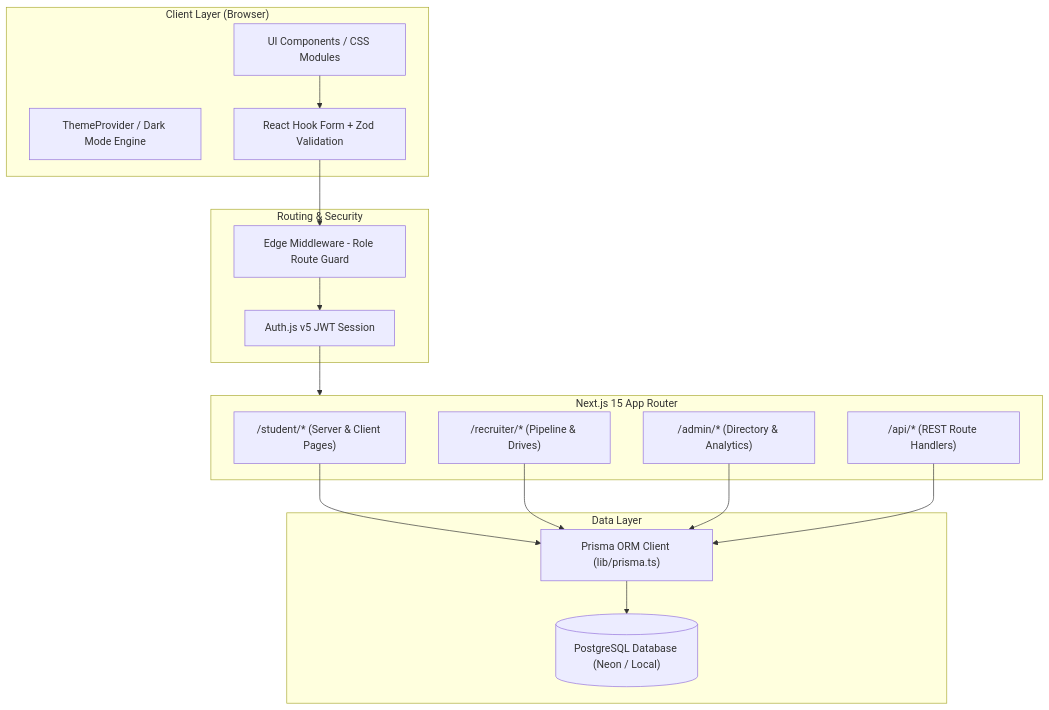
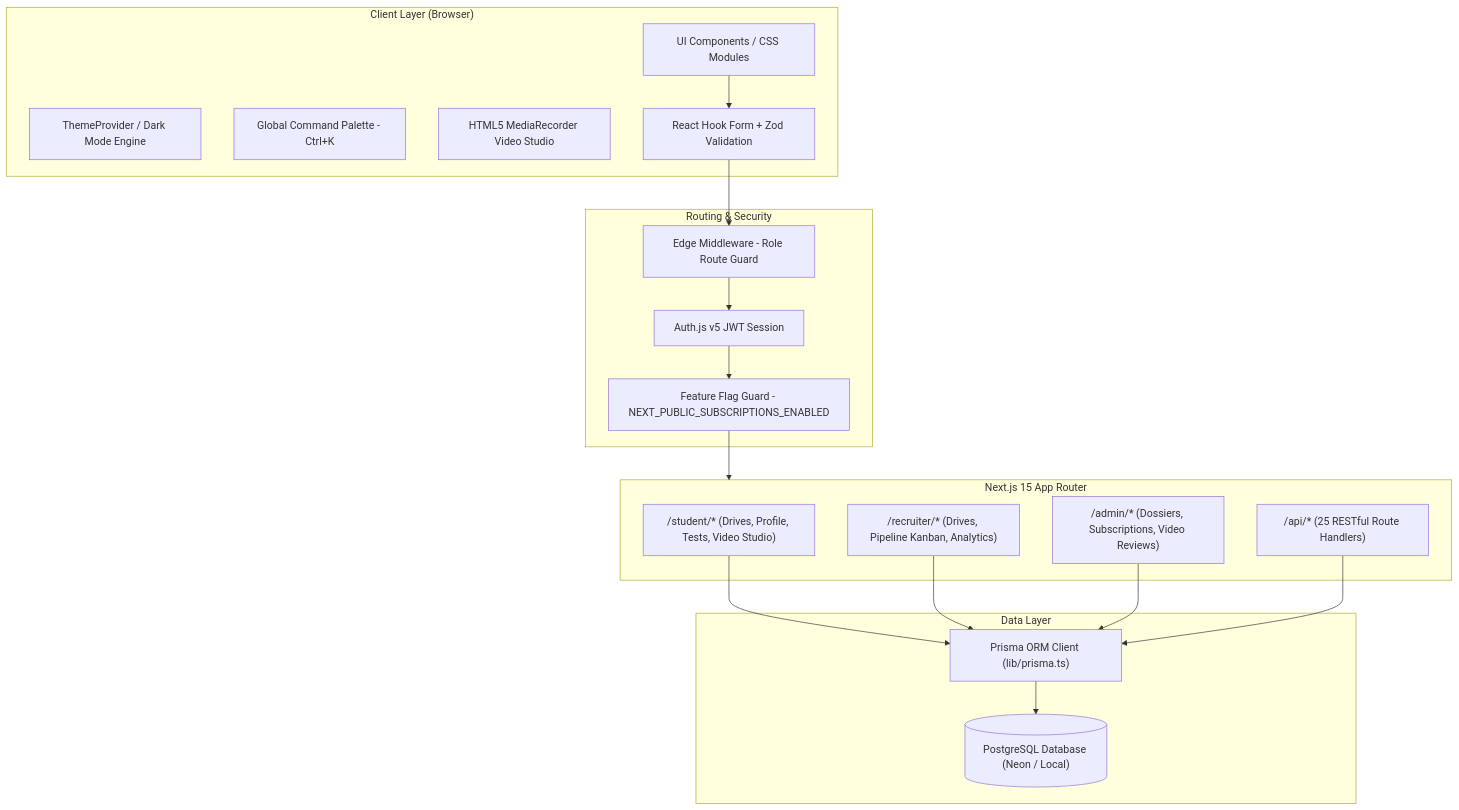
Before and after one commit to Mehtaab11/Placement-Portal: the first of 2 diagrams in README.md, drawn with Mermaid. The commit also changed other lines of this file and 4 other files, not shown here.

````diff
--- a/README.md
+++ b/README.md
@@ -74,35 +81,39 @@
 ```mermaid
 flowchart TD
     subgraph Client ["Client Layer (Browser)"]
         UI[UI Components / CSS Modules]
         Theme[ThemeProvider / Dark Mode Engine]
+        SearchPalette[Global Command Palette - Ctrl+K]
+        VideoStudio[HTML5 MediaRecorder Video Studio]
         Forms[React Hook Form + Zod Validation]
     end
 
     subgraph MiddlewareLayer ["Routing & Security"]
         MW[Edge Middleware - Role Route Guard]
         NextAuth[Auth.js v5 JWT Session]
+        FeatureFlag[Feature Flag Guard - NEXT_PUBLIC_SUBSCRIPTIONS_ENABLED]
     end
 
     subgraph AppRouter ["Next.js 15 App Router"]
-        StudentRoutes["/student/* (Server & Client Pages)"]
-        RecruiterRoutes["/recruiter/* (Pipeline & Drives)"]
-        AdminRoutes["/admin/* (Directory & Analytics)"]
-        APIRoutes["/api/* (REST Route Handlers)"]
+        StudentRoutes["/student/* (Drives, Profile, Tests, Video Studio)"]
+        RecruiterRoutes["/recruiter/* (Drives, Pipeline Kanban, Analytics)"]
+        AdminRoutes["/admin/* (Dossiers, Subscriptions, Video Reviews)"]
+        APIRoutes["/api/* (25 RESTful Route Handlers)"]
     end
 
     subgraph DataAccess ["Data Layer"]
         PrismaClient["Prisma ORM Client (lib/prisma.ts)"]
         PostgresDB[("PostgreSQL Database (Neon / Local)")]
     end
 
     UI --> Forms
     Forms --> MW
     MW --> NextAuth
-    NextAuth --> AppRouter
+    NextAuth --> FeatureFlag
+    FeatureFlag --> AppRouter
     StudentRoutes --> PrismaClient
     RecruiterRoutes --> PrismaClient
     AdminRoutes --> PrismaClient
     APIRoutes --> PrismaClient
     PrismaClient --> PostgresDB
 ```
````
